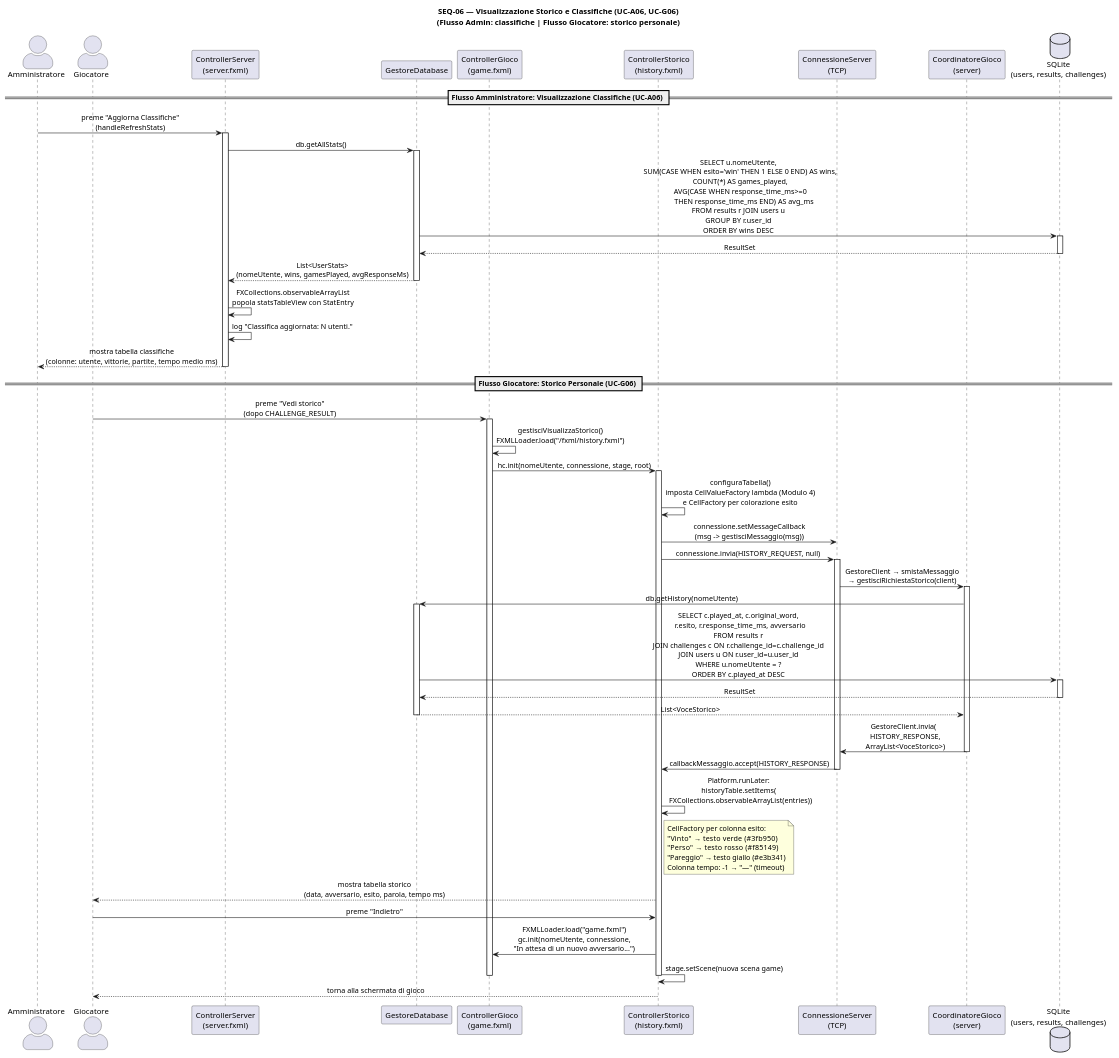
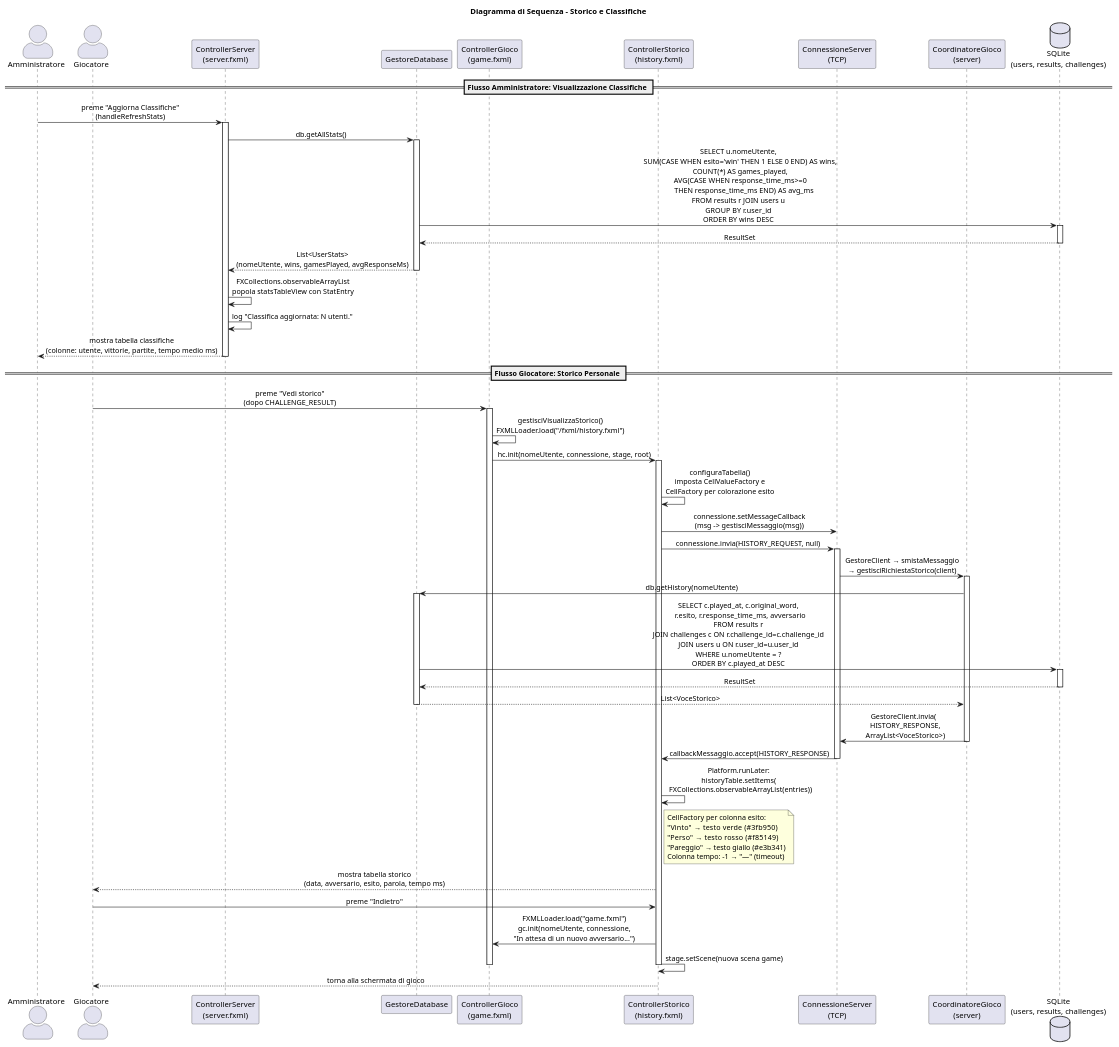
The diagram in Documenti/Diagrammi/SEQ_06_StoricoClassifiche.puml (Michele-Pio-Russo/Progetto_Java_Avanzata_Gruppo_2), drawn with PlantUML before and after one commit. The commit also changed 16 other files, not shown here.

```diff
--- a/Documenti/Diagrammi/SEQ_06_StoricoClassifiche.puml
+++ b/Documenti/Diagrammi/SEQ_06_StoricoClassifiche.puml
@@ -1,85 +1,85 @@
 @startuml SEQ_06_StoricoClassifiche
 skinparam actorStyle awesome
 skinparam sequenceMessageAlign center
 
-title SEQ-06 — Visualizzazione Storico e Classifiche (UC-A06, UC-G06)\n(Flusso Admin: classifiche | Flusso Giocatore: storico personale)
+title Diagramma di Sequenza - Storico e Classifiche
 
 actor "Amministratore" as Admin
 actor "Giocatore" as Player
 participant "ControllerServer\n(server.fxml)" as AdminCtrl
 participant "GestoreDatabase" as DB
 participant "ControllerGioco\n(game.fxml)" as GC
 participant "ControllerStorico\n(history.fxml)" as SC
 participant "ConnessioneServer\n(TCP)" as Conn
 participant "CoordinatoreGioco\n(server)" as Coord
 database "SQLite\n(users, results, challenges)" as SQLite
 
-== Flusso Amministratore: Visualizzazione Classifiche (UC-A06) ==
+== Flusso Amministratore: Visualizzazione Classifiche ==
 
 Admin -> AdminCtrl : preme "Aggiorna Classifiche"\n(handleRefreshStats)
 activate AdminCtrl
 
 AdminCtrl -> DB : db.getAllStats()
 activate DB
 DB -> SQLite : SELECT u.nomeUtente,\n  SUM(CASE WHEN esito='win' THEN 1 ELSE 0 END) AS wins,\n  COUNT(*) AS games_played,\n  AVG(CASE WHEN response_time_ms>=0\n      THEN response_time_ms END) AS avg_ms\nFROM results r JOIN users u\nGROUP BY r.user_id\nORDER BY wins DESC
 activate SQLite
 SQLite --> DB : ResultSet
 deactivate SQLite
 DB --> AdminCtrl : List<UserStats>\n(nomeUtente, wins, gamesPlayed, avgResponseMs)
 deactivate DB
 
 AdminCtrl -> AdminCtrl : FXCollections.observableArrayList\npopola statsTableView con StatEntry
 AdminCtrl -> AdminCtrl : log "Classifica aggiornata: N utenti."
 AdminCtrl --> Admin : mostra tabella classifiche\n(colonne: utente, vittorie, partite, tempo medio ms)
 
 deactivate AdminCtrl
 
-== Flusso Giocatore: Storico Personale (UC-G06) ==
+== Flusso Giocatore: Storico Personale ==
 
 Player -> GC : preme "Vedi storico"\n(dopo CHALLENGE_RESULT)
 activate GC
 
 GC -> GC : gestisciVisualizzaStorico()\nFXMLLoader.load("/fxml/history.fxml")
 GC -> SC : hc.init(nomeUtente, connessione, stage, root)
 activate SC
 
-SC -> SC : configuraTabella()\nimposta CellValueFactory lambda (Modulo 4)\ne CellFactory per colorazione esito
+SC -> SC : configuraTabella()\nimposta CellValueFactory e\nCellFactory per colorazione esito
 SC -> Conn : connessione.setMessageCallback\n(msg -> gestisciMessaggio(msg))
 SC -> Conn : connessione.invia(HISTORY_REQUEST, null)
 activate Conn
 Conn -> Coord : GestoreClient → smistaMessaggio\n→ gestisciRichiestaStorico(client)
 activate Coord
 Coord -> DB : db.getHistory(nomeUtente)
 activate DB
 DB -> SQLite : SELECT c.played_at, c.original_word,\n  r.esito, r.response_time_ms, avversario\nFROM results r\nJOIN challenges c ON r.challenge_id=c.challenge_id\nJOIN users u ON r.user_id=u.user_id\nWHERE u.nomeUtente = ?\nORDER BY c.played_at DESC
 activate SQLite
 SQLite --> DB : ResultSet
 deactivate SQLite
 DB --> Coord : List<VoceStorico>
 deactivate DB
 
 Coord -> Conn : GestoreClient.invia(\n  HISTORY_RESPONSE,\n  ArrayList<VoceStorico>)
 deactivate Coord
 Conn -> SC : callbackMessaggio.accept(HISTORY_RESPONSE)
 deactivate Conn
 
 SC -> SC : Platform.runLater:\nhistoryTable.setItems(\n  FXCollections.observableArrayList(entries))
 
 note right of SC
   CellFactory per colonna esito:
   "Vinto"    → testo verde (#3fb950)
   "Perso"    → testo rosso (#f85149)
   "Pareggio" → testo giallo (#e3b341)
   Colonna tempo: -1 → "—" (timeout)
 end note
 
 SC --> Player : mostra tabella storico\n(data, avversario, esito, parola, tempo ms)
 
 Player -> SC : preme "Indietro"
 SC -> GC : FXMLLoader.load("game.fxml")\ngc.init(nomeUtente, connessione,\n"In attesa di un nuovo avversario...")
 SC -> SC : stage.setScene(nuova scena game)
 deactivate SC
 deactivate GC
 SC --> Player : torna alla schermata di gioco
 
 @enduml
```
